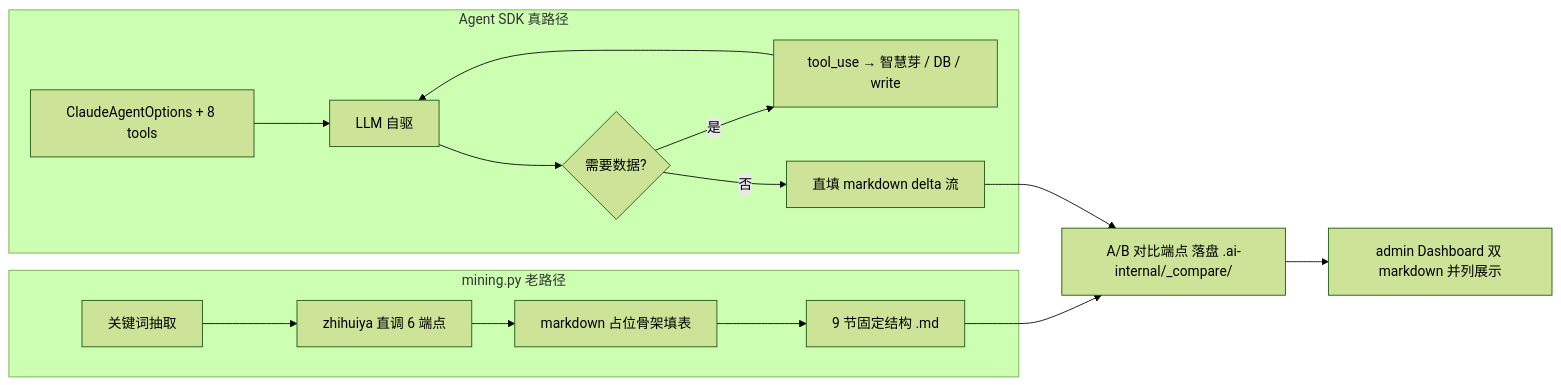
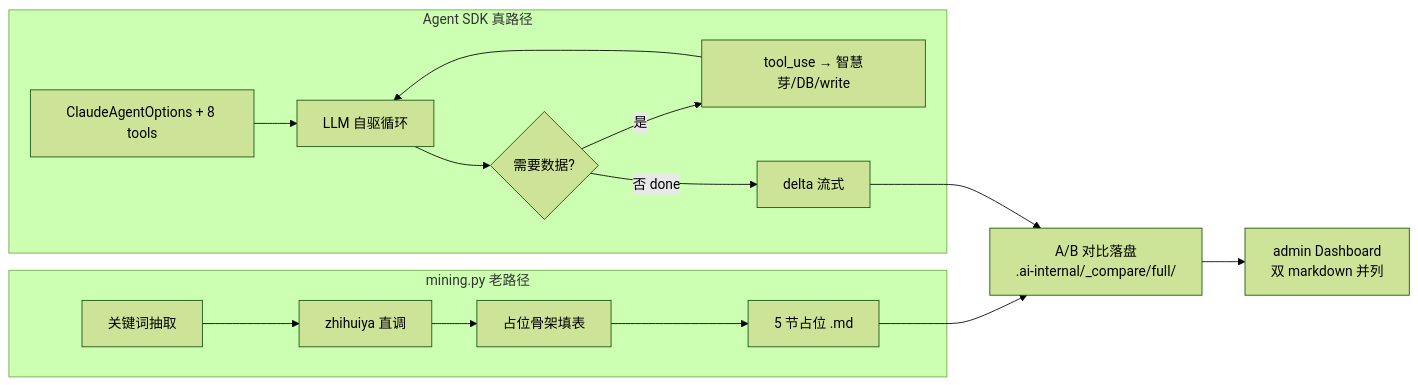
The sixth of 7 diagrams in docs/prd.md (ChuangLee/PatentlyPatent), drawn with Mermaid (forest theme) before and after one commit. The commit also changed other lines of this file and 45 other files, not shown here.

````diff
--- a/docs/prd.md
+++ b/docs/prd.md
@@ -262,19 +406,19 @@
 ```mermaid
 graph LR
-    subgraph LegacyTrack[mining.py 老路径]
-        L1[关键词抽取] --> L2[zhihuiya 直调 6 端点]
-        L2 --> L3[markdown 占位骨架填表]
-        L3 --> L4[9 节固定结构 .md]
+    subgraph Legacy[mining.py 老路径]
+        L1[关键词抽取] --> L2[zhihuiya 直调]
+        L2 --> L3[占位骨架填表]
+        L3 --> L4[5 节占位 .md]
     end
-    subgraph AgentTrack[Agent SDK 真路径]
-        A1[ClaudeAgentOptions + 8 tools] --> A2[LLM 自驱]
+    subgraph Agent[Agent SDK 真路径]
+        A1[ClaudeAgentOptions + 8 tools] --> A2[LLM 自驱循环]
         A2 --> A3{需要数据?}
-        A3 -->|是| A4[tool_use → 智慧芽 / DB / write]
+        A3 -->|是| A4[tool_use → 智慧芽/DB/write]
         A4 --> A2
-        A3 -->|否| A5[直填 markdown delta 流]
+        A3 -->|否 done| A5[delta 流式]
     end
-    Compare[A/B 对比端点 落盘 .ai-internal/_compare/]
+    Compare[A/B 对比落盘<br/>.ai-internal/_compare/full/]
     L4 --> Compare
     A5 --> Compare
-    Compare --> Admin[admin Dashboard 双 markdown 并列展示]
+    Compare --> Admin[admin Dashboard<br/>双 markdown 并列]
 ```
````
